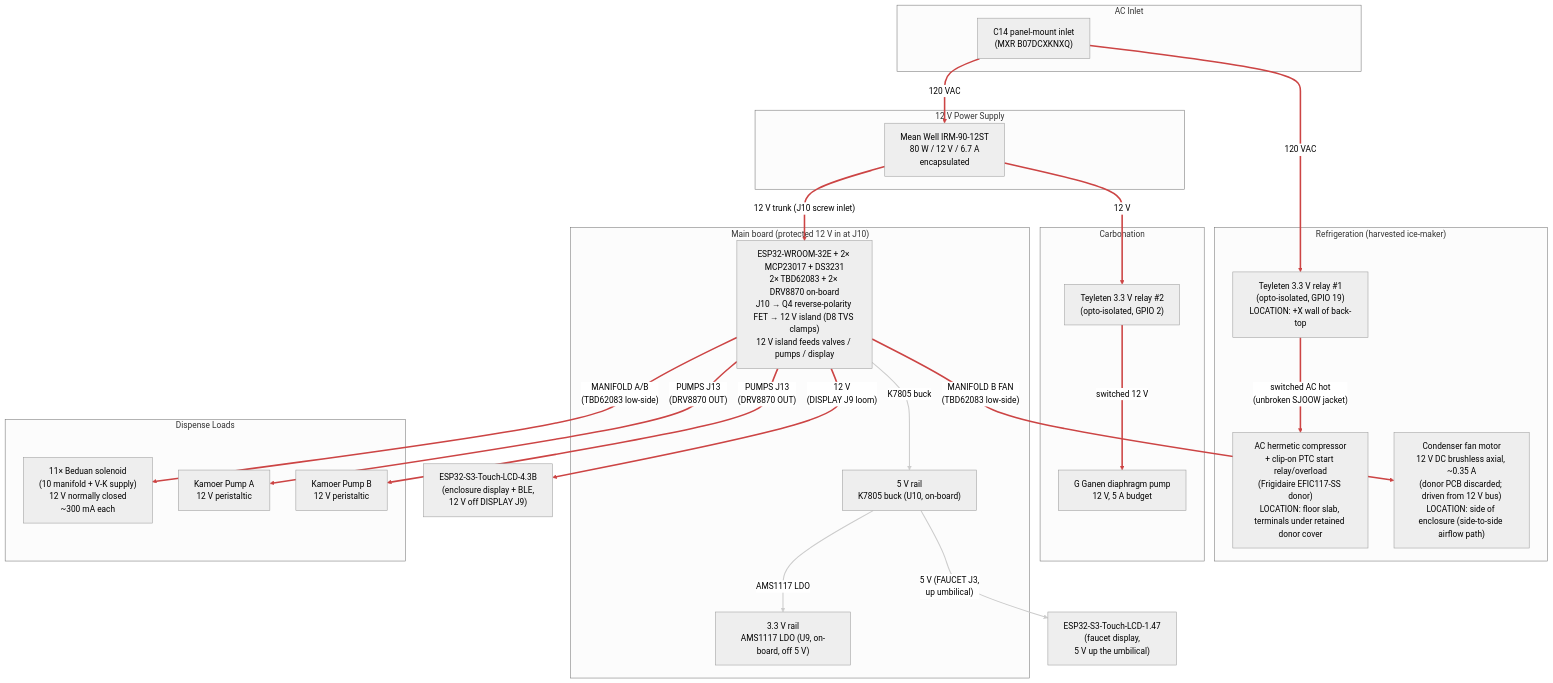
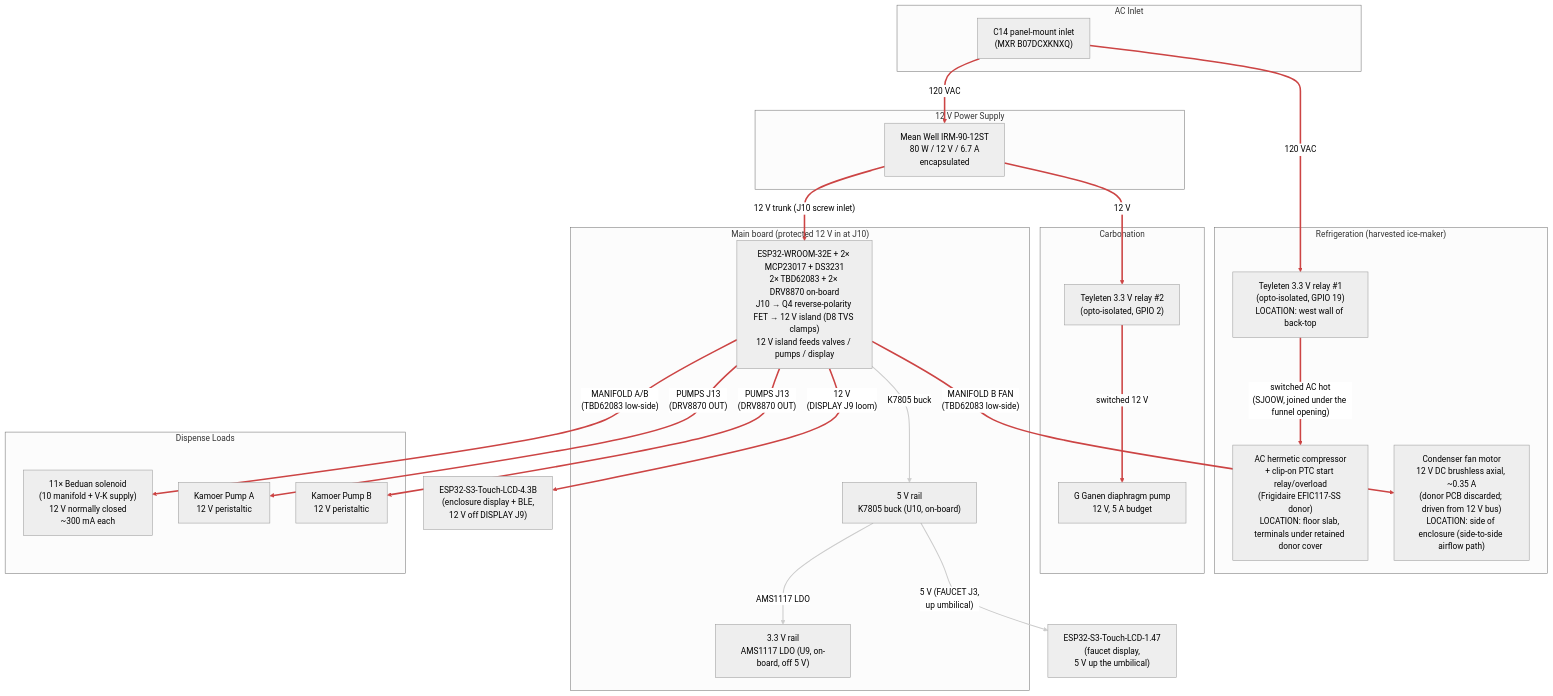
Before and after one commit to derekbreden/homesodamachine: the diagram in hardware/wiring/power.mmd, drawn with Mermaid (neutral theme). The commit also changed 13 other files, not shown here.

```diff
--- a/hardware/wiring/power.mmd
+++ b/hardware/wiring/power.mmd
@@ -1,129 +1,132 @@
 flowchart TD
 
   %% Power Distribution (current plan).
   %% 120 VAC mains in via C14 inlet; Mean Well 12 V PSU supplies the
   %% 12 V bus for everything except the compressor itself, which runs
   %% on switched mains via Teyleten relay #1 (main board RELAYS J5, ESP32
   %% GPIO 19). The 12 V diaphragm pump is gated by Teyleten relay #2
   %% (main board RELAYS J5, ESP32 GPIO 2) so firmware can keep refill off
   %% during an active dispense. Both relay modules take their coil/opto
   %% 5 V from RELAYS J5.
   %% The 12 V bus feeds the main board at its screw inlet (J10).
   %% The inlet is protected in series: a P-channel MOSFET (Q4, AO3407)
   %% in the high side blocks reverse polarity before the 12 V reaches the
   %% island; and a 15 V TVS (D8, SMAJ15A) clamps input surges the main board
   %% sees to under C3's 25 V rating. Overcurrent is bounded by the Mean
   %% Well supply's own 6.7 A OCP.
   %% The main board makes its own logic rails — 5 V from the on-board K7805
   %% buck (U10), 3.3 V from the on-board AMS1117 LDO (U9, off the 5 V
   %% rail) — and carries the WROOM, both MCP23017s, the RTC, both
   %% TBD62083s, and the two DRV8870 pump H-bridges. Off-board 12 V
   %% loads draw through the main board: solenoid valves + condenser fan
   %% through the TBD62083 channels (MANIFOLD A/B), peristaltic pumps through
   %% the DRV8870s (PUMPS J13), and the enclosure display through its
   %% loom connector (DISPLAY J9 carries RS485 + 12 V). The faucet
   %% display takes 5 V up the umbilical (FAUCET J3); the sensor loom
   %% (SENSORS J4) and the MQ-6 heater (GAS J11) draw 5 V / 3.3 V off
   %% the same on-board rails.
   %% Physical placement:
-  %% - The C14 inlet, AC distribution, PSU, both Teyleten relays, and
-  %%   the main board all stand on the +X wall of back-top, behind the
-  %%   C14 inlet's crossing in the +Y wall beside it.
+  %% - The C14 inlet and the three mains WAGOs (H, N, PE) stand on
+  %%   back-top's +Y wall, west/upper. The PSU stands upright on
+  %%   back-top's west (-X) sidewall beneath both Teyleten relays. The
+  %%   main board lies flat on the cold-core lid, west/forward.
   %% - The compressor sits middle-bottom, bolted down to the enclosure
   %%   floor slab on four printed posts. Its terminal block and its
   %%   clip-on PTC start relay + overload module remain under the R-600a
   %%   donor's own moulded power-box cover. The build adds no second
   %%   sheet-metal shroud; `/business/regulatory.md` carries the
   %%   qualification still owed on the retained donor cover.
-  %% - Teyleten relay #1 stays on the +X WALL, away from the refrigerant
-  %%   compartment. Only switched AC reaches the compressor — one
-  %%   jacketed SJOOW bundle, switched H + N + chassis G (AC-4/5/6),
-  %%   unbroken from that wall and its own strain relief. This keeps
-  %%   the arcing contact out of the hydrocarbon-refrigerant volume,
-  %%   which is the one placement rule that still holds there.
+  %% - Teyleten relay #1 stays on back-top's WEST WALL, away from the
+  %%   refrigerant compartment. Only switched AC reaches the compressor —
+  %%   one jacketed SJOOW bundle, switched H + N + chassis G (AC-4/5/6).
+  %%   Its H and N cores meet the relay's and the N block's back-top
+  %%   pigtails in lever-nut joins under the funnel opening; PE lands on
+  %%   the lid earth stack. This keeps the arcing contact out of the
+  %%   hydrocarbon-refrigerant volume, which is the one placement rule
+  %%   that still holds there.
   %% - The condenser fan motor is on the side of the enclosure
   %%   (the side-to-side intake → condenser → exhaust airflow path).
   %%   It is a 12 V DC brushless axial
   %%   fan: the donor ice maker's own PCB regulated mains to 12 V
   %%   to drive it (factory wiring was never AC on the fan itself),
   %%   so on harvest we discard the donor PCB and drive the fan
   %%   from our own 12 V bus. Low-side switched via one channel of
   %%   TBD62083 #2 (MANIFOLD B FAN pin, driven from MCP23017 0x21
   %%   PA3) — same pattern as the solenoid valves. Firmware turns it
   %%   on/off in lockstep with the compressor.
   %% See `ac-wiring-schedule.md` for run-by-run gauges + lengths and
   %% `../assembly/enclosure-mechanical.md` §5 for the compressor's
   %% four floor posts and the bond that lands under one of their screws.
 
   subgraph AC_Inlet["AC Inlet"]
     C14["C14 panel-mount inlet\n(MXR B07DCXKNXQ)"]
   end
 
   subgraph Supply["12 V Power Supply"]
     PSU["Mean Well IRM-90-12ST\n80 W / 12 V / 6.7 A\nencapsulated"]
   end
 
   subgraph Refrigeration["Refrigeration  (harvested ice-maker)"]
-    RELAY["Teyleten 3.3 V relay #1\n(opto-isolated, GPIO 19)\nLOCATION: +X wall of back-top"]
+    RELAY["Teyleten 3.3 V relay #1\n(opto-isolated, GPIO 19)\nLOCATION: west wall of back-top"]
     COMP_AC["AC hermetic compressor\n+ clip-on PTC start relay/overload\n(Frigidaire EFIC117-SS donor)\nLOCATION: floor slab, terminals under retained donor cover"]
     COND_FAN["Condenser fan motor\n12 V DC brushless axial, ~0.35 A\n(donor PCB discarded; driven from 12 V bus)\nLOCATION: side of enclosure (side-to-side airflow path)"]
   end
 
   subgraph Carbonation["Carbonation"]
     DIA_RELAY["Teyleten 3.3 V relay #2\n(opto-isolated, GPIO 2)"]
     DIA_PUMP["G Ganen diaphragm pump\n12 V, 5 A budget"]
   end
 
   subgraph Board["Main board  (protected 12 V in at J10)"]
     MAIN["ESP32-WROOM-32E + 2× MCP23017 + DS3231\n2× TBD62083 + 2× DRV8870 on-board\nJ10 → Q4 reverse-polarity FET → 12 V island (D8 TVS clamps)\n12 V island feeds valves / pumps / display"]
     REG_5V["5 V rail\nK7805 buck (U10, on-board)"]
     REG_3V3["3.3 V rail\nAMS1117 LDO (U9, on-board, off 5 V)"]
   end
 
   subgraph Dispense["Dispense Loads"]
     VALVES["11× Beduan solenoid\n(10 manifold + V-K supply)\n12 V normally closed\n~300 mA each"]
     PUMP_A["Kamoer Pump A\n12 V peristaltic"]
     PUMP_B["Kamoer Pump B\n12 V peristaltic"]
   end
 
   CFG["ESP32-S3-Touch-LCD-4.3B\n(enclosure display + BLE,\n 12 V off DISPLAY J9)"]
 
   FAUCET["ESP32-S3-Touch-LCD-1.47\n(faucet display,\n 5 V up the umbilical)"]
 
   %% AC distribution (hot leg)
   C14 ==>|"120 VAC"| RELAY
   C14 ==>|"120 VAC"| PSU
-  RELAY ==>|"switched AC hot\n(unbroken SJOOW jacket)"| COMP_AC
+  RELAY ==>|"switched AC hot\n(SJOOW, joined under the funnel opening)"| COMP_AC
 
   %% 12 V distribution
   PSU ==>|"12 V trunk (J10 screw inlet)"| MAIN
   PSU ==>|"12 V"| DIA_RELAY
   DIA_RELAY ==>|"switched 12 V"| DIA_PUMP
   MAIN ==>|"MANIFOLD A/B\n(TBD62083 low-side)"| VALVES
   MAIN ==>|"MANIFOLD B FAN\n(TBD62083 low-side)"| COND_FAN
   MAIN ==>|"PUMPS J13\n(DRV8870 OUT)"| PUMP_A
   MAIN ==>|"PUMPS J13\n(DRV8870 OUT)"| PUMP_B
   MAIN ==>|"12 V\n(DISPLAY J9 loom)"| CFG
 
   %% Logic rails (made on the main board)
   MAIN -->|"K7805 buck"| REG_5V
   REG_5V -->|"5 V (FAUCET J3,\n up umbilical)"| FAUCET
   REG_5V -->|"AMS1117 LDO"| REG_3V3
 
   %% Power paths (red, thick).
   %% 0    = C14 -> relay #1 (AC mains)
   %% 1    = C14 -> PSU (AC mains)
-  %% 2    = relay #1 -> compressor (switched AC, unbroken SJOOW jacket)
+  %% 2    = relay #1 -> compressor (switched AC, SJOOW lead)
   %% 3    = PSU 12 V trunk -> MAIN (J10)
   %% 4    = PSU 12 V -> diaphragm relay #2
   %% 5    = relay #2 -> diaphragm pump (switched 12 V)
   %% 6    = MAIN -> solenoid valves (TBD62083 low-side)
   %% 7    = MAIN -> condenser fan (TBD62083 low-side)
   %% 8-9  = MAIN -> peristaltic pumps (DRV8870)
   %% 10   = MAIN -> enclosure display (12 V off J9)
   linkStyle 0,1,2,3,4,5,6,7,8,9,10 stroke:#c44,stroke-width:3px
   %% Logic rails (5 V, 3.3 V), made on the main board: white workhorse.
   %% 11 = K7805 buck -> 5 V rail
   %% 12 = 5 V rail -> faucet display (up umbilical)
   %% 13 = AMS1117 -> 3.3 V rail
   linkStyle 11,12,13 stroke:#ccc,stroke-width:2px
```
